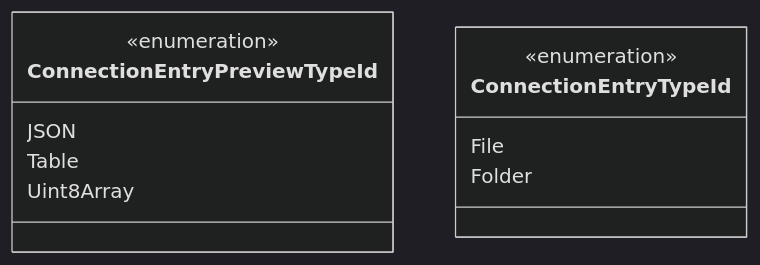
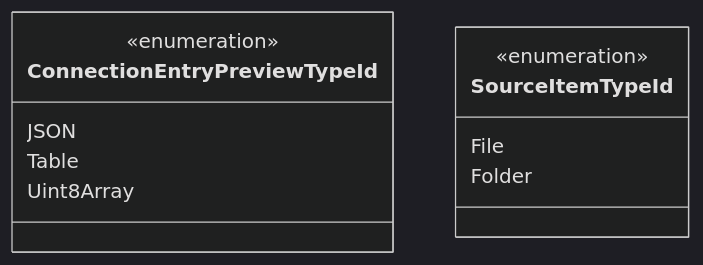
One commit to data-positioning/datapos-shared changed diagram 12 of 22 in README.md. Above: the diagram before and after it, drawn with Mermaid (dark theme). The commit also changed other lines of this file and 3 other files, not shown here.

````diff
--- a/README.md
+++ b/README.md
@@ -467,17 +467,17 @@
 ```mermaid
 classDiagram
     direction TB
 
     class ConnectionEntryPreviewTypeId {
         <<enumeration>>
         JSON
         Table
         Uint8Array
     }
 
-    class ConnectionEntryTypeId {
+    class SourceItemTypeId {
         <<enumeration>>
         File
         Folder
     }
 ```
````
